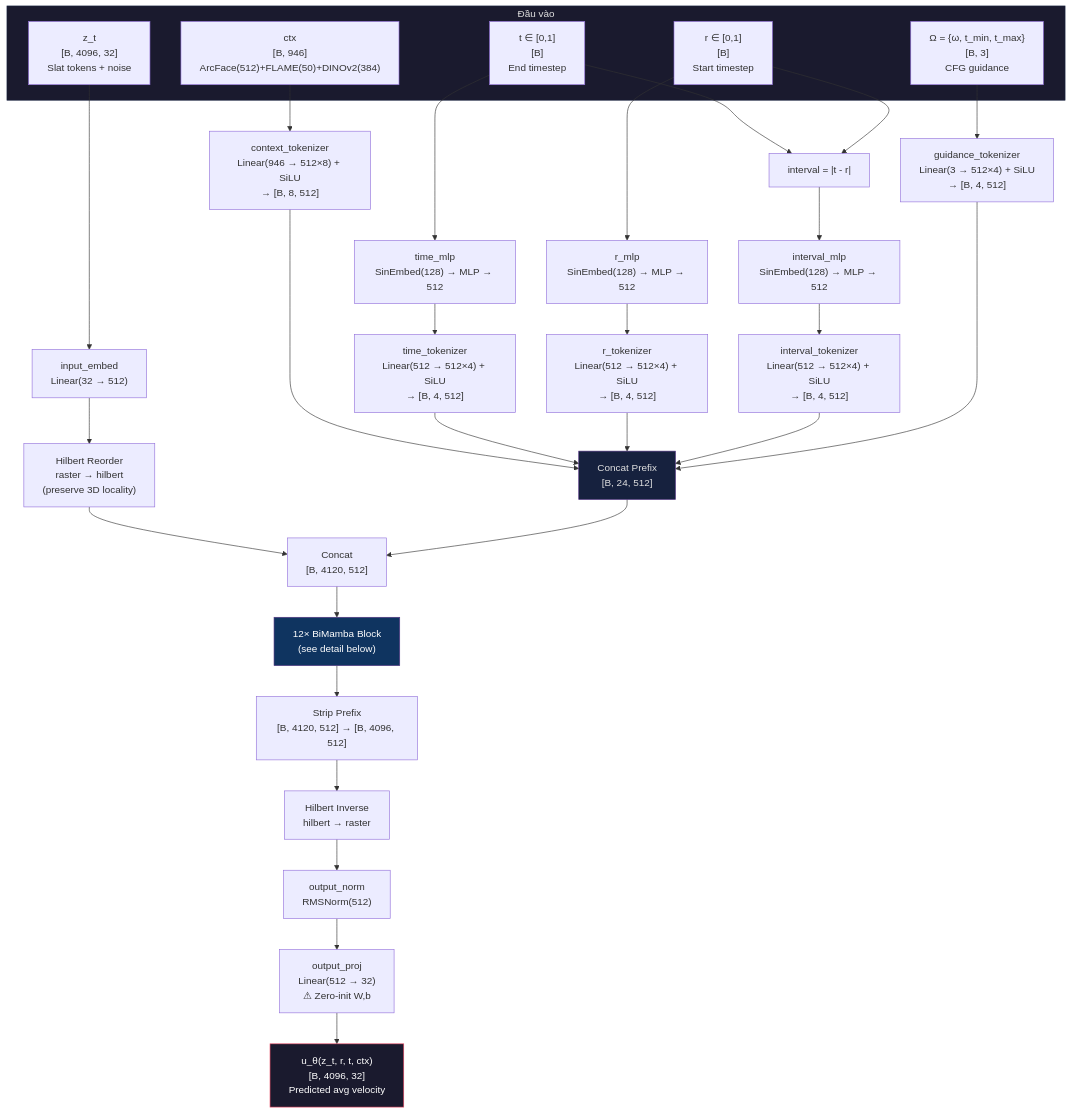
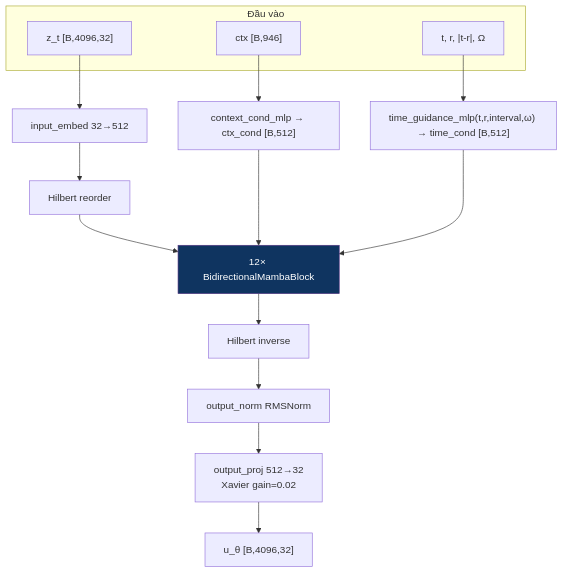
The first of 4 diagrams in Bao_cao_FaceDiff_ChiTiet.md (HoangNguyennnnnnn/DATN), drawn with Mermaid before and after one commit. The commit also changed other lines of this file and 2 other files, not shown here.

First line of the commit message:
docs: update FaceDiff architecture details and training scripts for VoxelMamba v4

````diff
--- a/Bao_cao_FaceDiff_ChiTiet.md
+++ b/Bao_cao_FaceDiff_ChiTiet.md
@@ -682,50 +682,25 @@
 ```mermaid
 graph TD
     subgraph INPUTS["Đầu vào"]
-        Z["z_t<br/>[B, 4096, 32]<br/>Slat tokens + noise"]
-        CTX["ctx<br/>[B, 946]<br/>ArcFace(512)+FLAME(50)+DINOv2(384)"]
-        T["t ∈ [0,1]<br/>[B]<br/>End timestep"]
-        R["r ∈ [0,1]<br/>[B]<br/>Start timestep"]
-        OMEGA["Ω = {ω, t_min, t_max}<br/>[B, 3]<br/>CFG guidance"]
+        Z["z_t [B,4096,32]"]
+        CTX["ctx [B,946]"]
+        T["t, r, |t-r|, Ω"]
     end
 
-    Z --> INPUT_EMBED["input_embed<br/>Linear(32 → 512)"]
-    INPUT_EMBED --> HILBERT["Hilbert Reorder<br/>raster → hilbert<br/>(preserve 3D locality)"]
+    Z --> EMB["input_embed 32→512"]
+    EMB --> HIL["Hilbert reorder"]
 
-    CTX --> CTX_TOK["context_tokenizer<br/>Linear(946 → 512×8) + SiLU<br/>→ [B, 8, 512]"]
+    CTX --> CTXMLP["context_cond_mlp → ctx_cond [B,512]"]
+    T --> TIMEMLP["time_guidance_mlp(t,r,interval,ω) → time_cond [B,512]"]
 
-    T --> T_MLP["time_mlp<br/>SinEmbed(128) → MLP → 512"]
-    T_MLP --> T_TOK["time_tokenizer<br/>Linear(512 → 512×4) + SiLU<br/>→ [B, 4, 512]"]
+    HIL --> STACK["12× BidirectionalMambaBlock"]
+    CTXMLP --> STACK
+    TIMEMLP --> STACK
 
-    R --> R_MLP["r_mlp<br/>SinEmbed(128) → MLP → 512"]
-    R_MLP --> R_TOK["r_tokenizer<br/>Linear(512 → 512×4) + SiLU<br/>→ [B, 4, 512]"]
+    STACK --> HILINV["Hilbert inverse"]
+    HILINV --> OUTN["output_norm RMSNorm"]
+    OUTN --> OUTP["output_proj 512→32<br/>Xavier gain=0.02"]
+    OUTP --> U["u_θ [B,4096,32]"]
 
-    T --> INTERVAL_COMPUTE["interval = |t - r|"]
-    R --> INTERVAL_COMPUTE
-    INTERVAL_COMPUTE --> IV_MLP["interval_mlp<br/>SinEmbed(128) → MLP → 512"]
-    IV_MLP --> IV_TOK["interval_tokenizer<br/>Linear(512 → 512×4) + SiLU<br/>→ [B, 4, 512]"]
-
-    OMEGA --> G_TOK["guidance_tokenizer<br/>Linear(3 → 512×4) + SiLU<br/>→ [B, 4, 512]"]
-
-    CTX_TOK --> PREFIX["Concat Prefix<br/>[B, 24, 512]"]
-    T_TOK --> PREFIX
-    R_TOK --> PREFIX
-    IV_TOK --> PREFIX
-    G_TOK --> PREFIX
-
-    HILBERT --> CONCAT["Concat<br/>[B, 4120, 512]"]
-    PREFIX --> CONCAT
-
-    CONCAT --> BIMAMBA["12× BiMamba Block<br/>(see detail below)"]
-
-    BIMAMBA --> STRIP["Strip Prefix<br/>[B, 4120, 512] → [B, 4096, 512]"]
-    STRIP --> HILBERT_INV["Hilbert Inverse<br/>hilbert → raster"]
-    HILBERT_INV --> OUTNORM["output_norm<br/>RMSNorm(512)"]
-    OUTNORM --> OUTPROJ["output_proj<br/>Linear(512 → 32)<br/>⚠ Zero-init W,b"]
-    OUTPROJ --> OUTPUT["u_θ(z_t, r, t, ctx)<br/>[B, 4096, 32]<br/>Predicted avg velocity"]
-
-    style INPUTS fill:#1a1a2e,stroke:#16213e,color:#e0e0e0
-    style BIMAMBA fill:#0f3460,stroke:#533483,color:#ffffff
-    style OUTPUT fill:#1a1a2e,stroke:#e94560,color:#ffffff
-    style PREFIX fill:#16213e,stroke:#533483,color:#e0e0e0
+    style STACK fill:#0f3460,stroke:#533483,color:#fff
 ```
````
